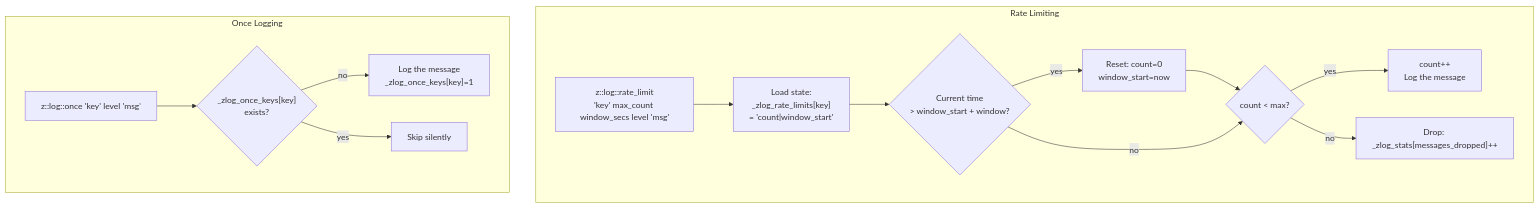
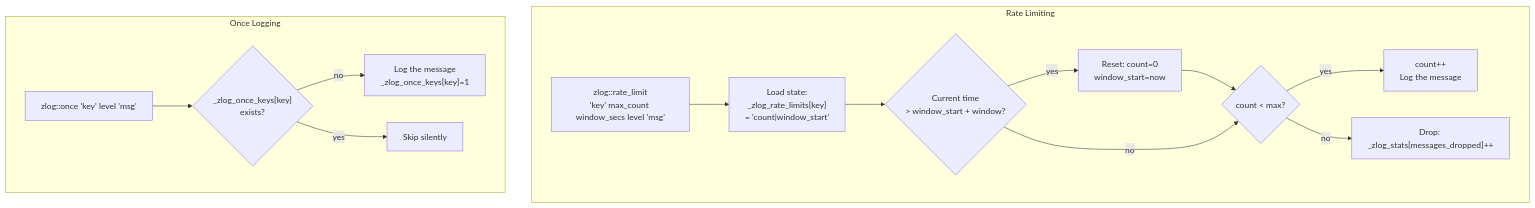
Before and after one commit to Khodaparastan/zsh-log: diagram 15 of 20 in docs/architecture.md, drawn with Mermaid. The commit also changed other lines of this file and 14 other files, not shown here.

First line of the commit message:
update function prefixes from z::log:: to zlog:: in documentation and examples

````diff
--- a/docs/architecture.md
+++ b/docs/architecture.md
@@ -758,27 +758,27 @@
 ```mermaid
 flowchart TD
     subgraph RateLimit["Rate Limiting"]
-        RL["z::log::rate_limit\n'key' max_count window_secs level 'msg'"]
+        RL["zlog::rate_limit\n'key' max_count window_secs level 'msg'"]
         RLLoad["Load state:\n_zlog_rate_limits[key]\n= 'count|window_start'"]
         RLWindow{"Current time\n> window_start + window?"}
         RLReset["Reset: count=0\nwindow_start=now"]
         RLCheck{"count < max?"}
         RLInc["count++\nLog the message"]
         RLDrop["Drop: _zlog_stats[messages_dropped]++"]
         RL --> RLLoad --> RLWindow
         RLWindow -->|yes| RLReset --> RLCheck
         RLWindow -->|no| RLCheck
         RLCheck -->|yes| RLInc
         RLCheck -->|no| RLDrop
     end
 
     subgraph Once["Once Logging"]
-        OL["z::log::once 'key' level 'msg'"]
+        OL["zlog::once 'key' level 'msg'"]
         OLCheck{"_zlog_once_keys[key]\nexists?"}
         OLLog["Log the message\n_zlog_once_keys[key]=1"]
         OLSkip["Skip silently"]
         OL --> OLCheck
         OLCheck -->|no| OLLog
         OLCheck -->|yes| OLSkip
     end
 ```
````
